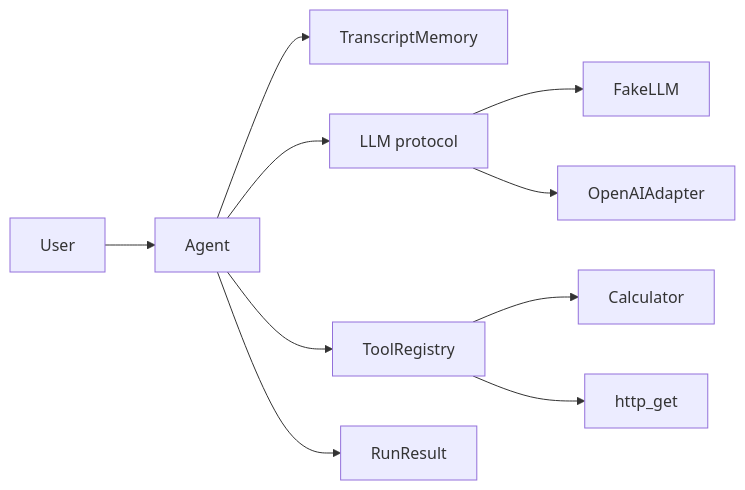
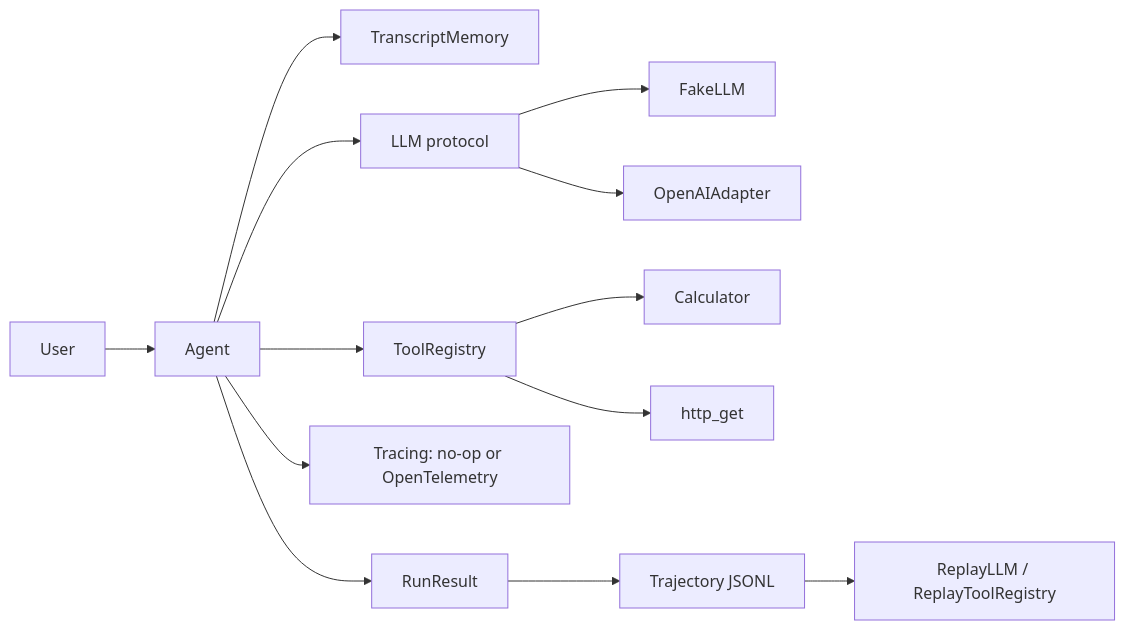
The diagram in README.md (gratycodes/agent-runtime-kit), drawn with Mermaid before and after one commit. The commit also changed other lines of this file and 2 other files, not shown here.

Commit message:
Release 0.2.0: document tracing, trajectories and OTLP export

````diff
--- a/README.md
+++ b/README.md
@@ -20,12 +24,15 @@
 ```mermaid
 flowchart LR
   User --> Agent
   Agent --> Memory["TranscriptMemory"]
   Agent --> LLM["LLM protocol"]
   Agent --> Tools["ToolRegistry"]
   LLM --> FakeLLM
   LLM --> OpenAIAdapter
   Tools --> Calculator
   Tools --> HTTPGet["http_get"]
+  Agent --> Tracing["Tracing: no-op or OpenTelemetry"]
   Agent --> Result["RunResult"]
+  Result --> Trajectory["Trajectory JSONL"]
+  Trajectory --> Replay["ReplayLLM / ReplayToolRegistry"]
 ```
````
